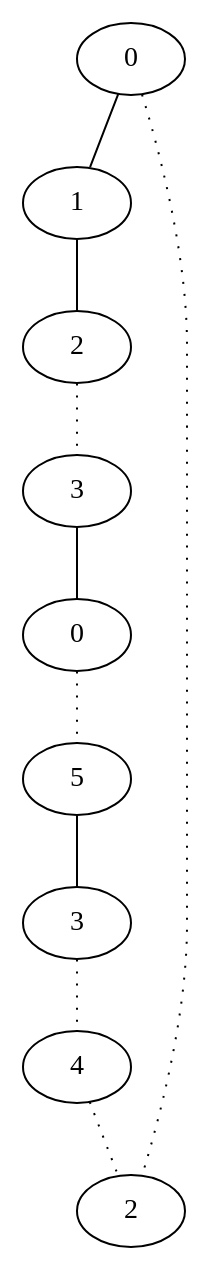
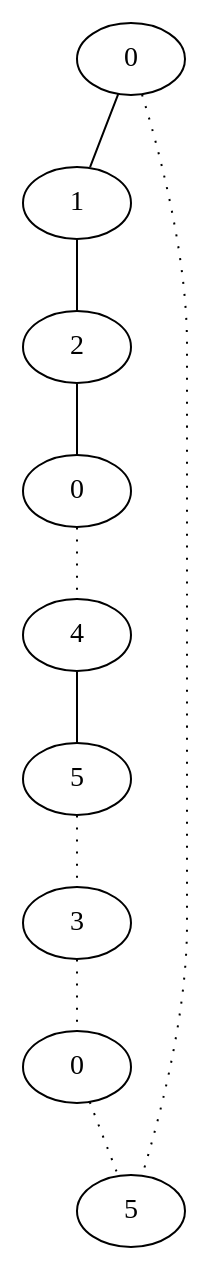
Before and after one commit to d1laj/Stage-M2: the diagram in TestPathsfactorised/result/dot/cycle_9_6_tc.dot, drawn with Graphviz. The commit also changed 4248 other files, not shown here.

```diff
--- a/TestPathsfactorised/result/dot/cycle_9_6_tc.dot
+++ b/TestPathsfactorised/result/dot/cycle_9_6_tc.dot
@@ -1,20 +1,20 @@
 graph {
 a0[label=0];
 a1[label=1];
 a2[label=2];
-a3[label=3];
-a4[label=0];
+a3[label=0];
+a4[label=4];
 a5[label=5];
 a6[label=3];
-a7[label=4];
-a8[label=2];
+a7[label=0];
+a8[label=5];
 a0 -- a1;
 a0 -- a8 [style=dotted];
 a1 -- a2;
-a2 -- a3 [style=dotted];
-a3 -- a4;
-a4 -- a5 [style=dotted];
-a5 -- a6;
+a2 -- a3;
+a3 -- a4 [style=dotted];
+a4 -- a5;
+a5 -- a6 [style=dotted];
 a6 -- a7 [style=dotted];
 a7 -- a8 [style=dotted];
 }
```
